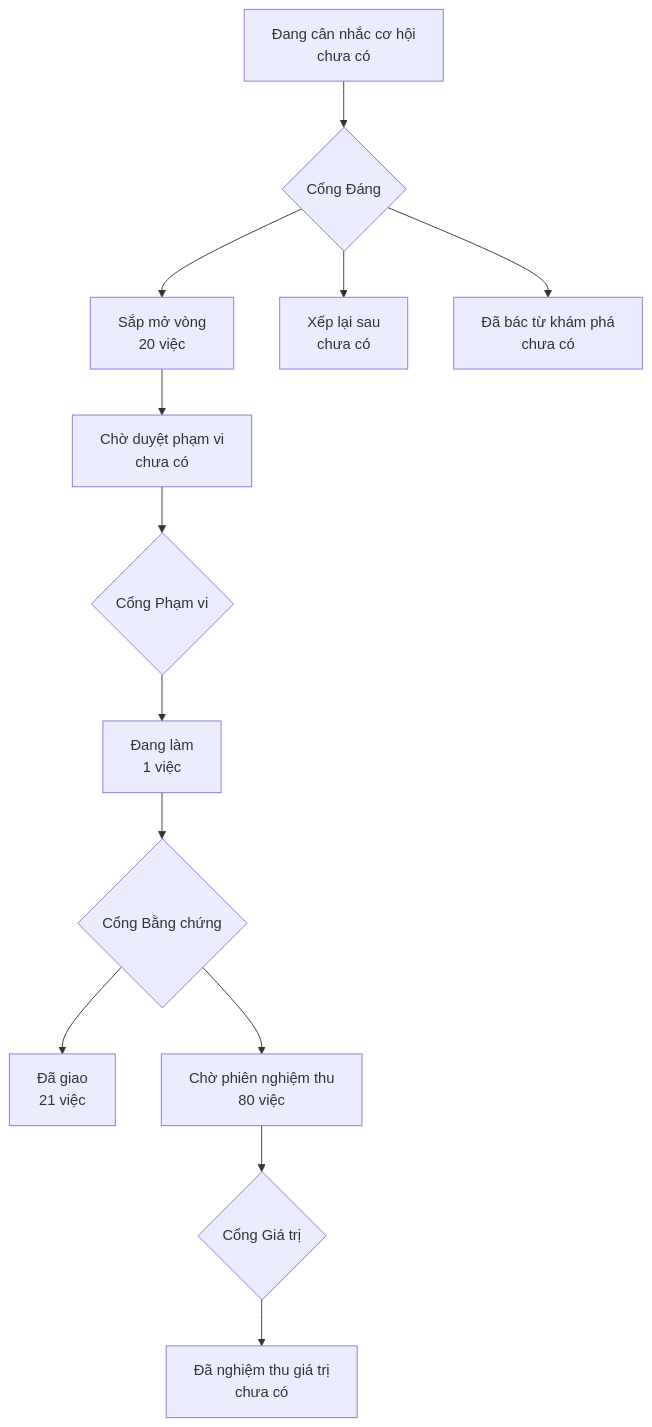
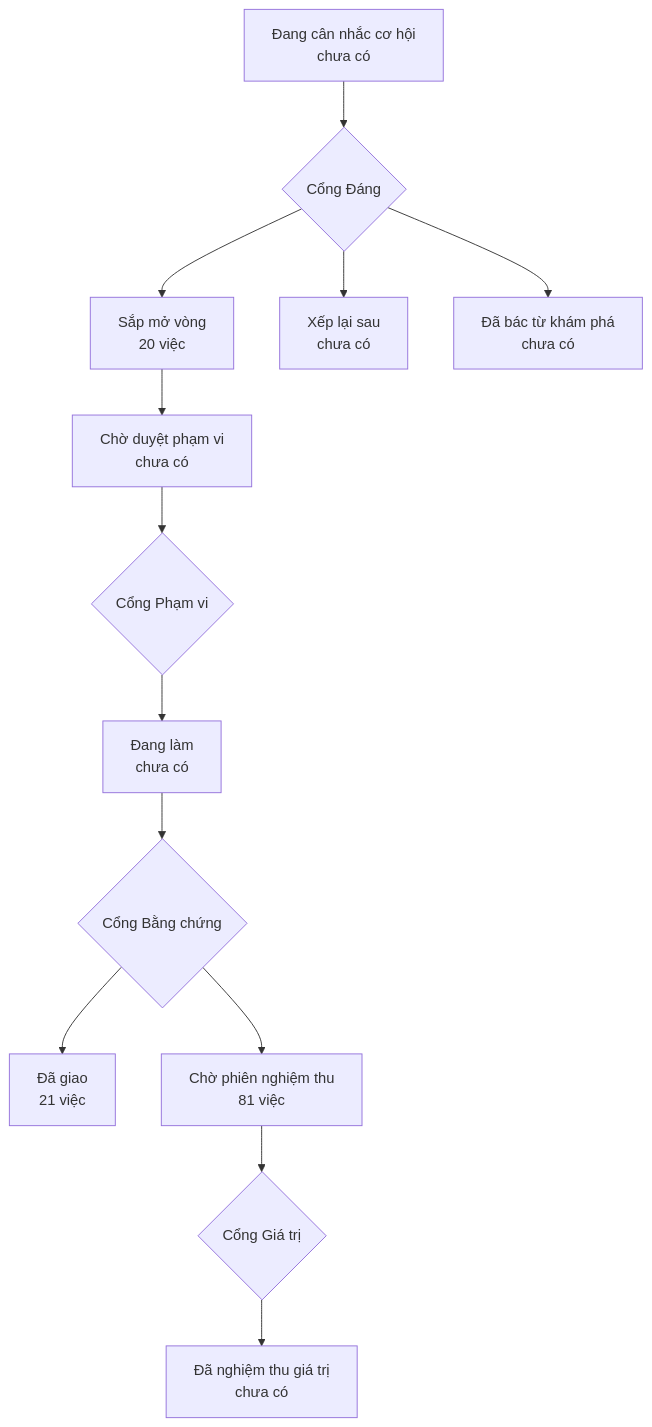
The diagram in PRODUCT-MAP.md (phanlemanh/onehub-quy-hang), drawn with Mermaid before and after one commit. The commit also changed other lines of this file and 4 other files, not shown here.

````diff
--- a/PRODUCT-MAP.md
+++ b/PRODUCT-MAP.md
@@ -7,12 +7,12 @@
 ```mermaid
 flowchart TD
   A["Đang cân nhắc cơ hội<br/>chưa có"] --> GD{"Cổng Đáng"}
   GD --> B["Sắp mở vòng<br/>20 việc"]
   GD --> XL["Xếp lại sau<br/>chưa có"]
   GD --> DB["Đã bác từ khám phá<br/>chưa có"]
   B --> CD["Chờ duyệt phạm vi<br/>chưa có"] --> GP{"Cổng Phạm vi"}
-  GP --> DL["Đang làm<br/>1 việc"] --> GB{"Cổng Bằng chứng"}
+  GP --> DL["Đang làm<br/>chưa có"] --> GB{"Cổng Bằng chứng"}
   GB --> DG["Đã giao<br/>21 việc"]
-  GB --> CN["Chờ phiên nghiệm thu<br/>80 việc"] --> GG{"Cổng Giá trị"}
+  GB --> CN["Chờ phiên nghiệm thu<br/>81 việc"] --> GG{"Cổng Giá trị"}
   GG --> NT["Đã nghiệm thu giá trị<br/>chưa có"]
 ```
````
